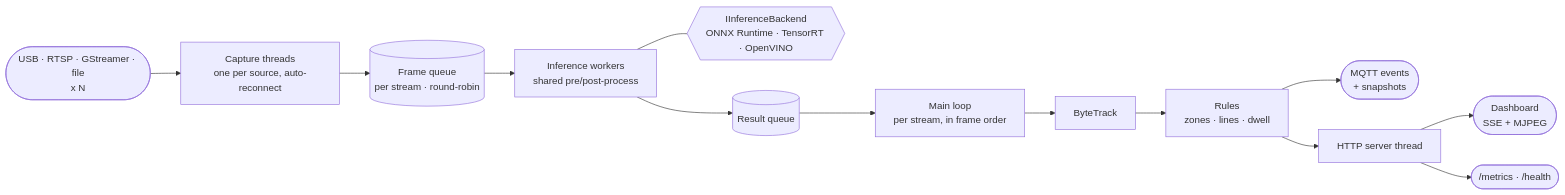
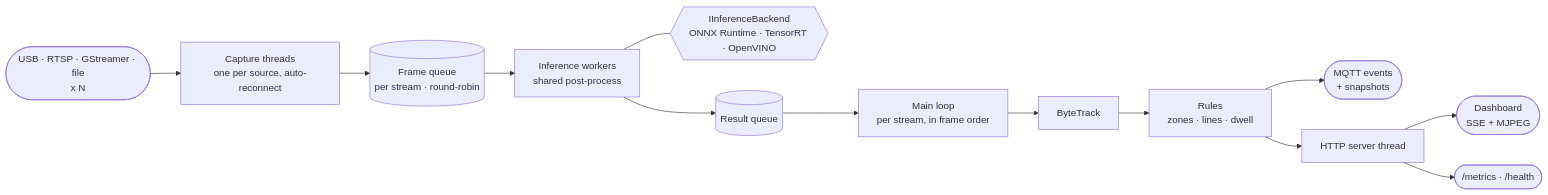
Before and after one commit to lehunghieu1503/cpp-realtime-video-analytics: the second of 2 diagrams in README.md, drawn with Mermaid. The commit also changed other lines of this file and 2 other files, not shown here.

````diff
--- a/README.md
+++ b/README.md
@@ -182,15 +250,15 @@
 ```mermaid
 flowchart LR
     src(["USB · RTSP · GStreamer · file<br/>x N"]) --> cap["Capture threads<br/>one per source, auto-reconnect"]
     cap --> fq[("Frame queue<br/>per stream · round-robin")]
-    fq --> w["Inference workers<br/>shared pre/post-process"]
+    fq --> w["Inference workers<br/>shared post-process"]
     w --- be{{"IInferenceBackend<br/>ONNX Runtime · TensorRT · OpenVINO"}}
     w --> rq[("Result queue")]
     rq --> main["Main loop<br/>per stream, in frame order"]
     main --> tr["ByteTrack"]
     tr --> ru["Rules<br/>zones · lines · dwell"]
     ru --> mq(["MQTT events<br/>+ snapshots"])
     ru --> http["HTTP server thread"]
     http --> dash(["Dashboard<br/>SSE + MJPEG"])
     http --> met(["/metrics · /health"])
 ```
````
